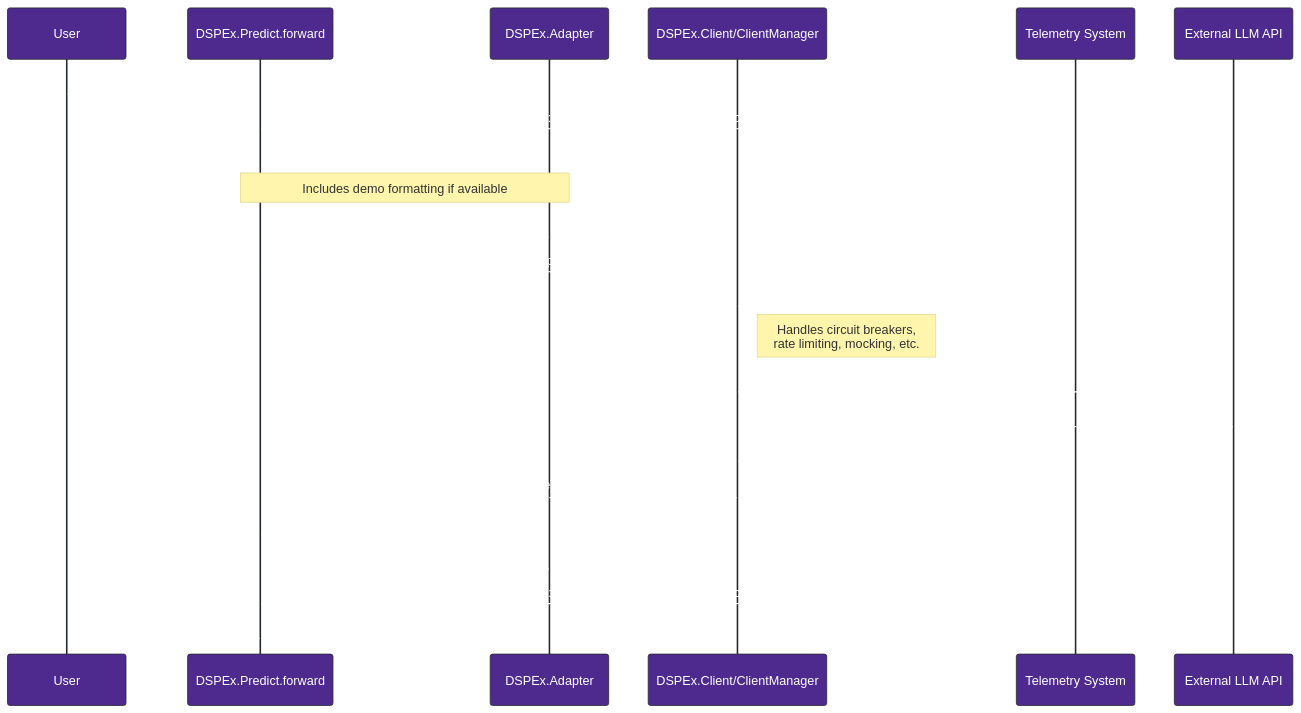
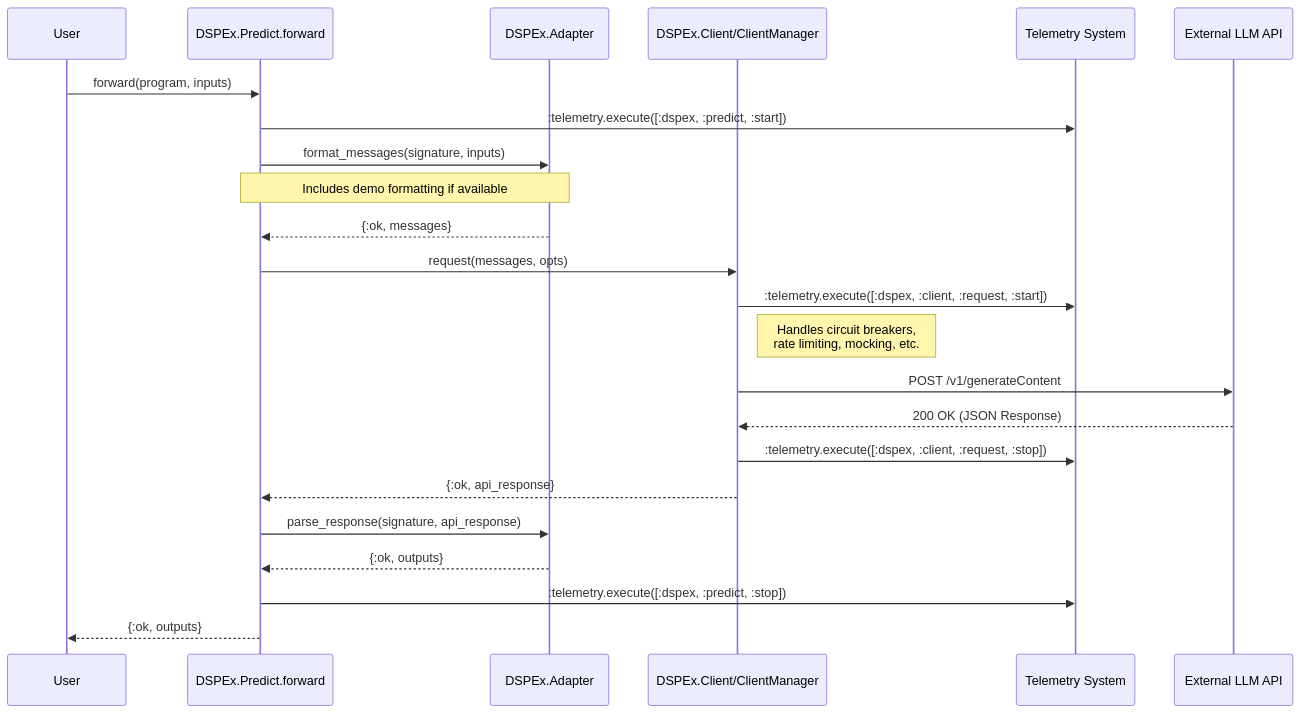
Before and after one commit to nshkrdotcom/ds_ex: the second of 5 diagrams in DIAGS.md, drawn with Mermaid.

````diff
--- a/DIAGS.md
+++ b/DIAGS.md
@@ -115,49 +115,32 @@
 ```mermaid
 sequenceDiagram
     participant User
     participant Predict as DSPEx.Predict.forward
     participant Adapter as DSPEx.Adapter
     participant Client as DSPEx.Client/ClientManager
     participant Telemetry as Telemetry System
     participant LLM_API as External LLM API
 
     User->>Predict: forward(program, inputs)
     Predict->>Telemetry: :telemetry.execute([:dspex, :predict, :start])
     
     Predict->>Adapter: format_messages(signature, inputs)
     Note over Predict,Adapter: Includes demo formatting if available
     Adapter-->>Predict: {:ok, messages}
     
     Predict->>Client: request(messages, opts)
     Client->>Telemetry: :telemetry.execute([:dspex, :client, :request, :start])
     
     Note right of Client: Handles circuit breakers,<br/>rate limiting, mocking, etc.
     Client->>LLM_API: POST /v1/generateContent
     LLM_API-->>Client: 200 OK (JSON Response)
     
     Client->>Telemetry: :telemetry.execute([:dspex, :client, :request, :stop])
     Client-->>Predict: {:ok, api_response}
     
     Predict->>Adapter: parse_response(signature, api_response)
     Adapter-->>Predict: {:ok, outputs}
     
     Predict->>Telemetry: :telemetry.execute([:dspex, :predict, :stop])
     Predict-->>User: {:ok, outputs}
-
-    %% Elixir-inspired styling
-    %%{init: {
-      'theme': 'base',
-      'themeVariables': {
-        'primaryColor': '#4e2a8e',
-        'primaryTextColor': '#fff',
-        'primaryBorderColor': '#24292e',
-        'lineColor': '#4e2a8e',
-        'secondaryColor': '#f5f5f5',
-        'tertiaryColor': '#fdfbf7',
-        'background': '#fff',
-        'mainBkg': '#4e2a8e',
-        'secondBkg': '#b89ce0',
-        'tertiaryBkg': '#d4c5ec'
-      }
-    }}%%
 ```
````
